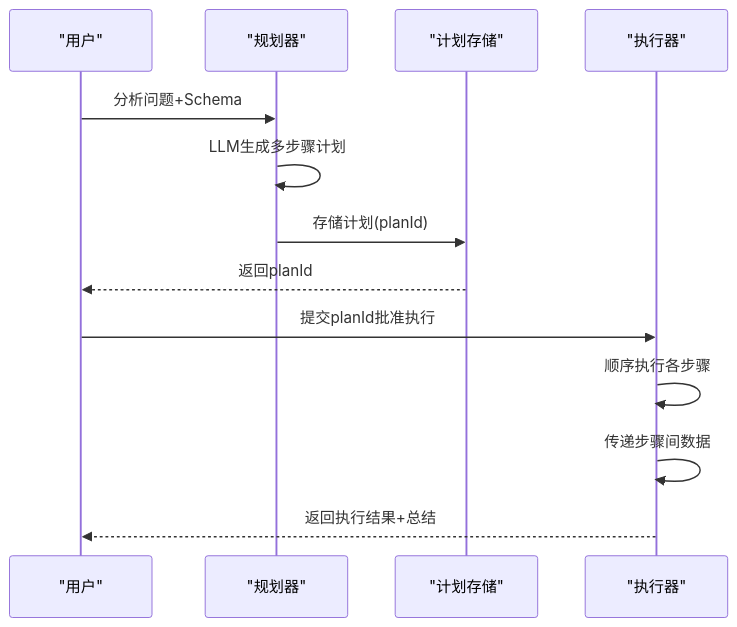
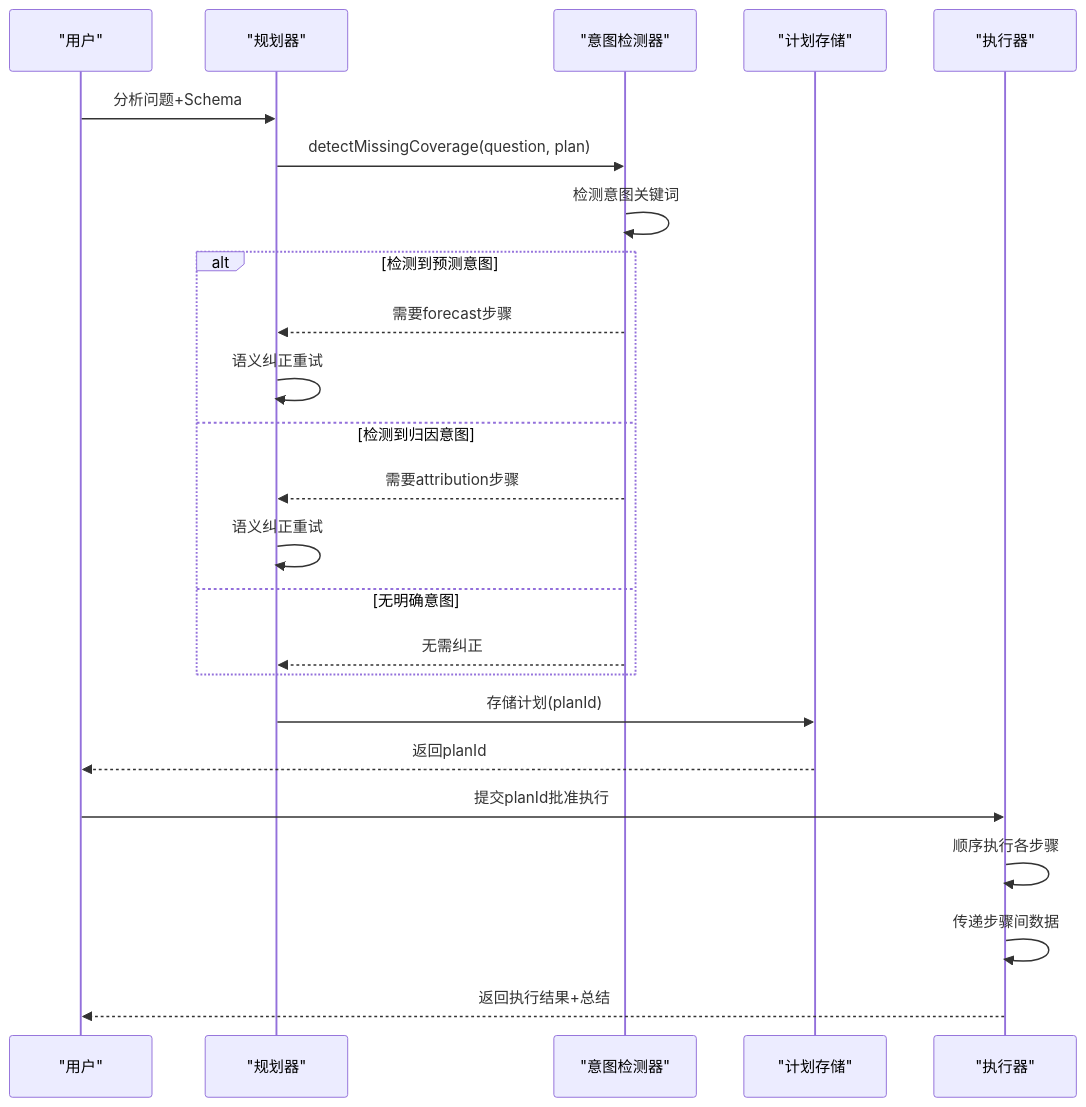
The eighth of 10 diagrams in .qoder/repowiki/zh/content/后端服务/核心业务模块/查询处理引擎/查询处理引擎.md (dgjin/smart-data-analytics), drawn with Mermaid before and after one commit. The commit also changed other lines of this file and 146 other files, not shown here.

````diff
--- a/.qoder/repowiki/zh/content/后端服务/核心业务模块/查询处理引擎/查询处理引擎.md
+++ b/.qoder/repowiki/zh/content/后端服务/核心业务模块/查询处理引擎/查询处理引擎.md
@@ -315,15 +337,26 @@
 ```mermaid
 sequenceDiagram
 participant User as "用户"
 participant Planner as "规划器"
+participant Detector as "意图检测器"
 participant Store as "计划存储"
 participant Executor as "执行器"
 User->>Planner : 分析问题+Schema
-Planner->>Planner : LLM生成多步骤计划
+Planner->>Detector : detectMissingCoverage(question, plan)
+Detector->>Detector : 检测意图关键词
+alt 检测到预测意图
+Detector-->>Planner : 需要forecast步骤
+Planner->>Planner : 语义纠正重试
+else 检测到归因意图
+Detector-->>Planner : 需要attribution步骤
+Planner->>Planner : 语义纠正重试
+else 无明确意图
+Detector-->>Planner : 无需纠正
+end
 Planner->>Store : 存储计划(planId)
 Store-->>User : 返回planId
 User->>Executor : 提交planId批准执行
 Executor->>Executor : 顺序执行各步骤
 Executor->>Executor : 传递步骤间数据
 Executor-->>User : 返回执行结果+总结
 ```
````
